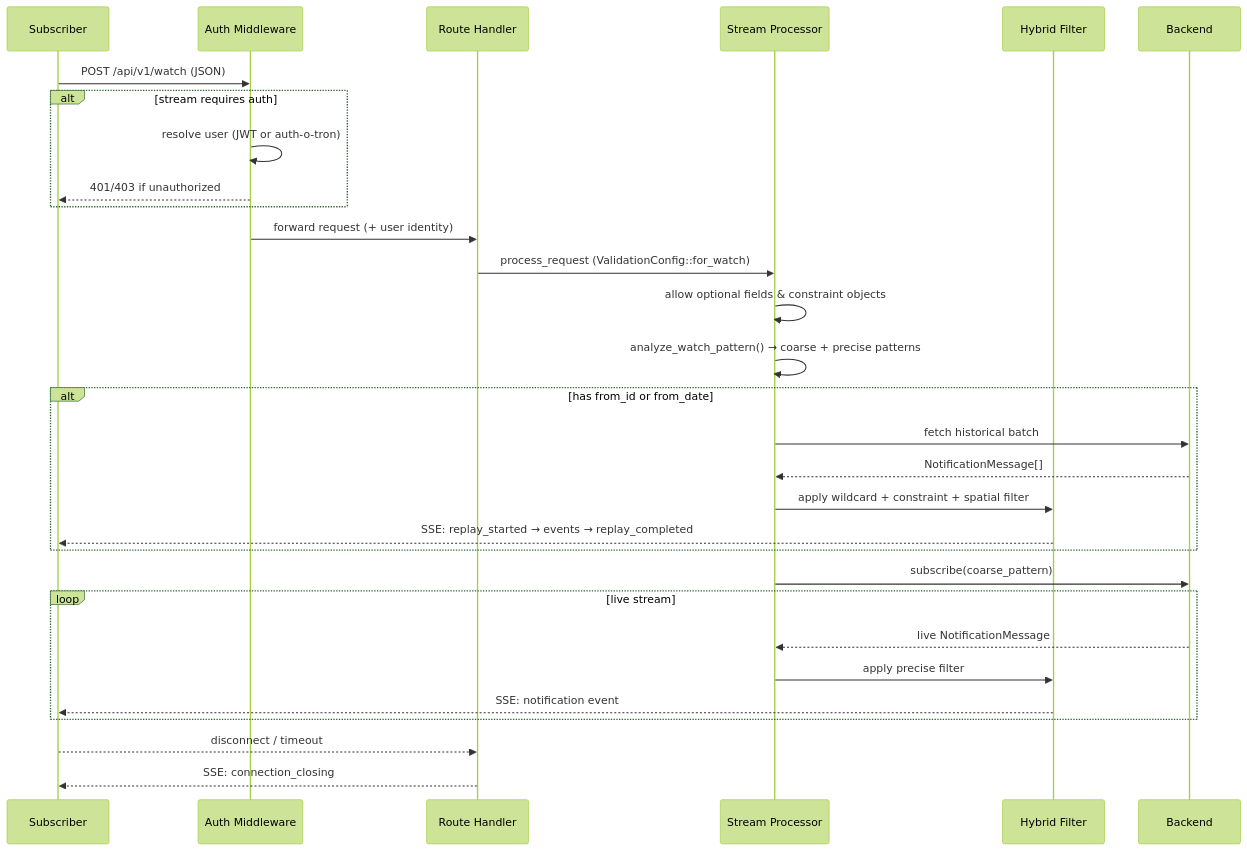
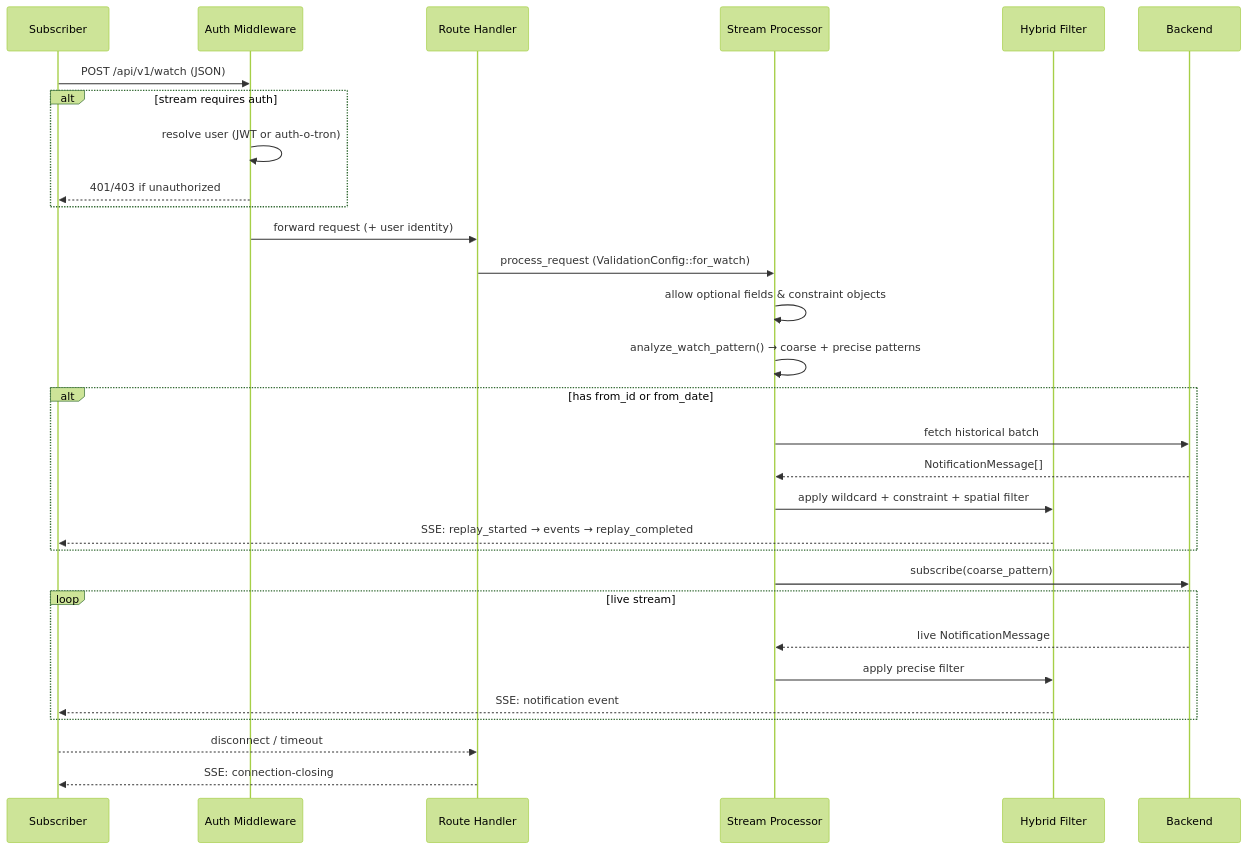
Before and after one commit to ecmwf/aviso-server: the third of 5 diagrams in docs/src/architecture.md, drawn with Mermaid (forest theme). The commit also changed other lines of this file and 15 other files, not shown here.

````diff
--- a/docs/src/architecture.md
+++ b/docs/src/architecture.md
@@ -101,36 +100,36 @@
 ```mermaid
 sequenceDiagram
     participant C as Subscriber
     participant A as Auth Middleware
     participant R as Route Handler
     participant P as Stream Processor
     participant F as Hybrid Filter
     participant B as Backend
 
     C->>A: POST /api/v1/watch (JSON)
     alt stream requires auth
         A->>A: resolve user (JWT or auth-o-tron)
         A-->>C: 401/403 if unauthorized
     end
     A->>R: forward request (+ user identity)
     R->>P: process_request (ValidationConfig::for_watch)
     P->>P: allow optional fields & constraint objects
     P->>P: analyze_watch_pattern() → coarse + precise patterns
 
     alt has from_id or from_date
         P->>B: fetch historical batch
         B-->>P: NotificationMessage[]
         P->>F: apply wildcard + constraint + spatial filter
         F-->>C: SSE: replay_started → events → replay_completed
     end
 
     P->>B: subscribe(coarse_pattern)
     loop live stream
         B-->>P: live NotificationMessage
         P->>F: apply precise filter
         F-->>C: SSE: notification event
     end
 
     C-->>R: disconnect / timeout
-    R-->>C: SSE: connection_closing
+    R-->>C: SSE: connection-closing
 ```
````
